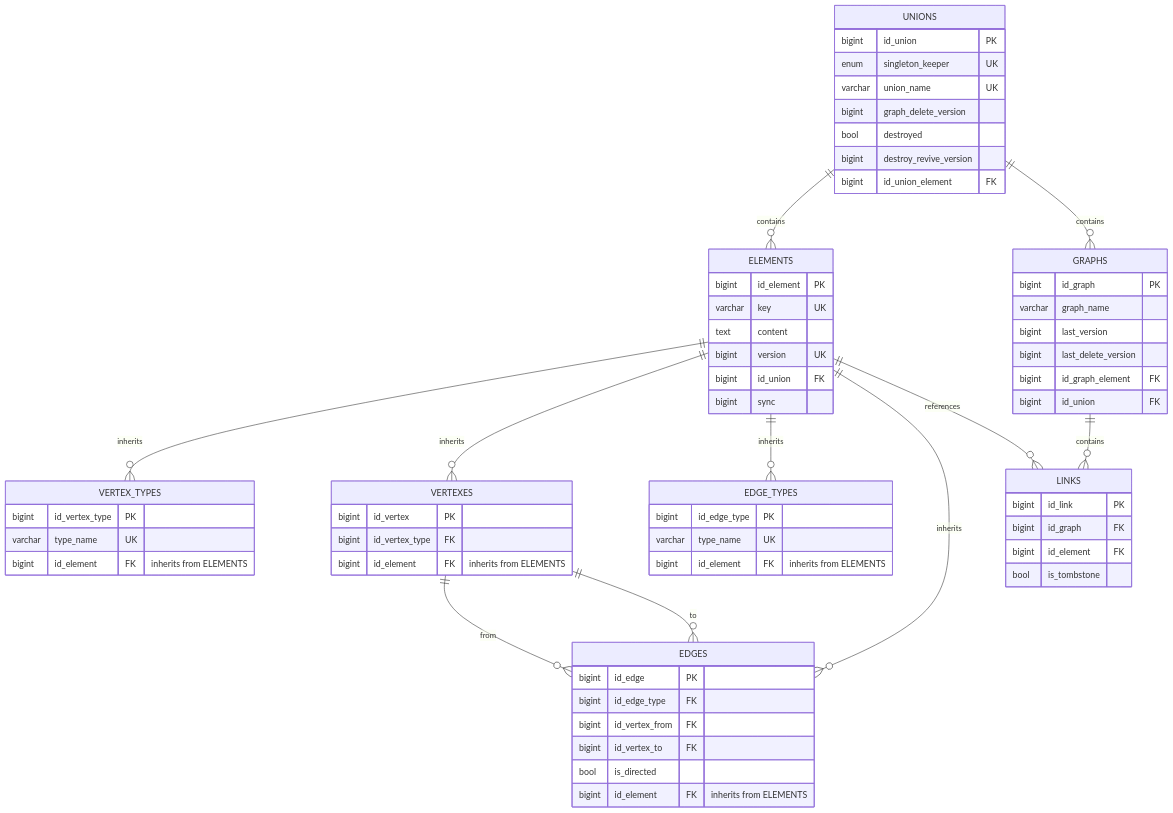
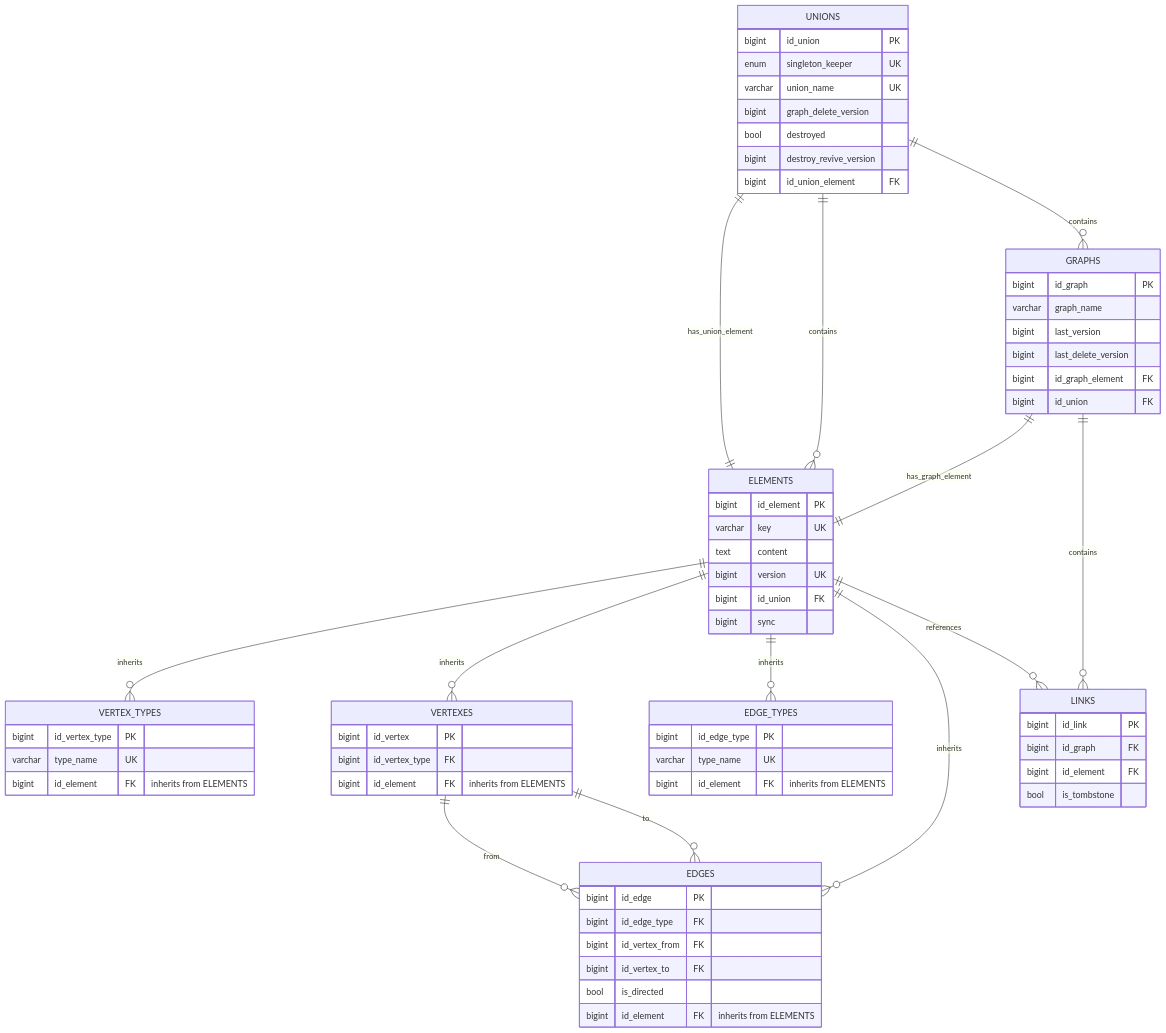
Before and after one commit to flower-org/ViUn: the diagram in ViUn source DB (legacy).md, drawn with Mermaid.

Commit message:
ER diagram updated 2

````diff
--- a/ViUn source DB (legacy).md
+++ b/ViUn source DB (legacy).md
@@ -5,74 +5,76 @@
 ```mermaid
 erDiagram
+    UNIONS ||--|| ELEMENTS : "has_union_element"
     UNIONS ||--o{ ELEMENTS : contains
     UNIONS ||--o{ GRAPHS : contains
     UNIONS {
         bigint id_union PK
         enum singleton_keeper UK
         varchar union_name UK
         bigint graph_delete_version
         bool destroyed
         bigint destroy_revive_version
         bigint id_union_element FK
     }
 
     ELEMENTS ||--o{ VERTEX_TYPES : "inherits"
     ELEMENTS ||--o{ VERTEXES : "inherits"
     ELEMENTS ||--o{ EDGE_TYPES : "inherits"
     ELEMENTS ||--o{ EDGES : "inherits"
     ELEMENTS ||--o{ LINKS : references
     ELEMENTS {
         bigint id_element PK
         varchar key UK
         text content
         bigint version UK
         bigint id_union FK
         bigint sync
     }
 
     VERTEX_TYPES {
         bigint id_vertex_type PK
         varchar type_name UK
         bigint id_element FK "inherits from ELEMENTS"
     }
 
     VERTEXES ||--o{ EDGES : "from"
     VERTEXES ||--o{ EDGES : "to"
     VERTEXES {
         bigint id_vertex PK
         bigint id_vertex_type FK
         bigint id_element FK "inherits from ELEMENTS"
     }
 
     EDGE_TYPES {
         bigint id_edge_type PK
         varchar type_name UK
         bigint id_element FK "inherits from ELEMENTS"
     }
 
     EDGES {
         bigint id_edge PK
         bigint id_edge_type FK
         bigint id_vertex_from FK
         bigint id_vertex_to FK
         bool is_directed
         bigint id_element FK "inherits from ELEMENTS"
     }
 
+    GRAPHS ||--|| ELEMENTS : "has_graph_element"
     GRAPHS ||--o{ LINKS : contains
     GRAPHS {
         bigint id_graph PK
         varchar graph_name
         bigint last_version
         bigint last_delete_version
         bigint id_graph_element FK
         bigint id_union FK
     }
 
     LINKS {
         bigint id_link PK
         bigint id_graph FK
         bigint id_element FK
         bool is_tombstone
     }
 ```
````
